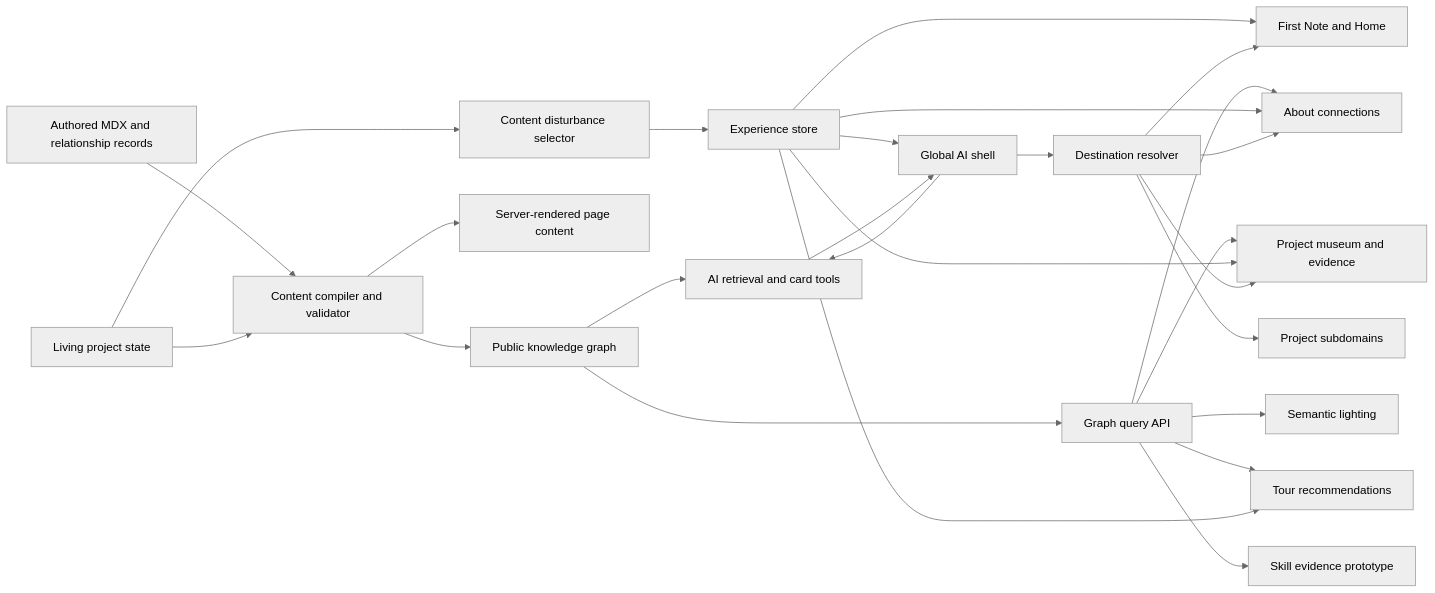
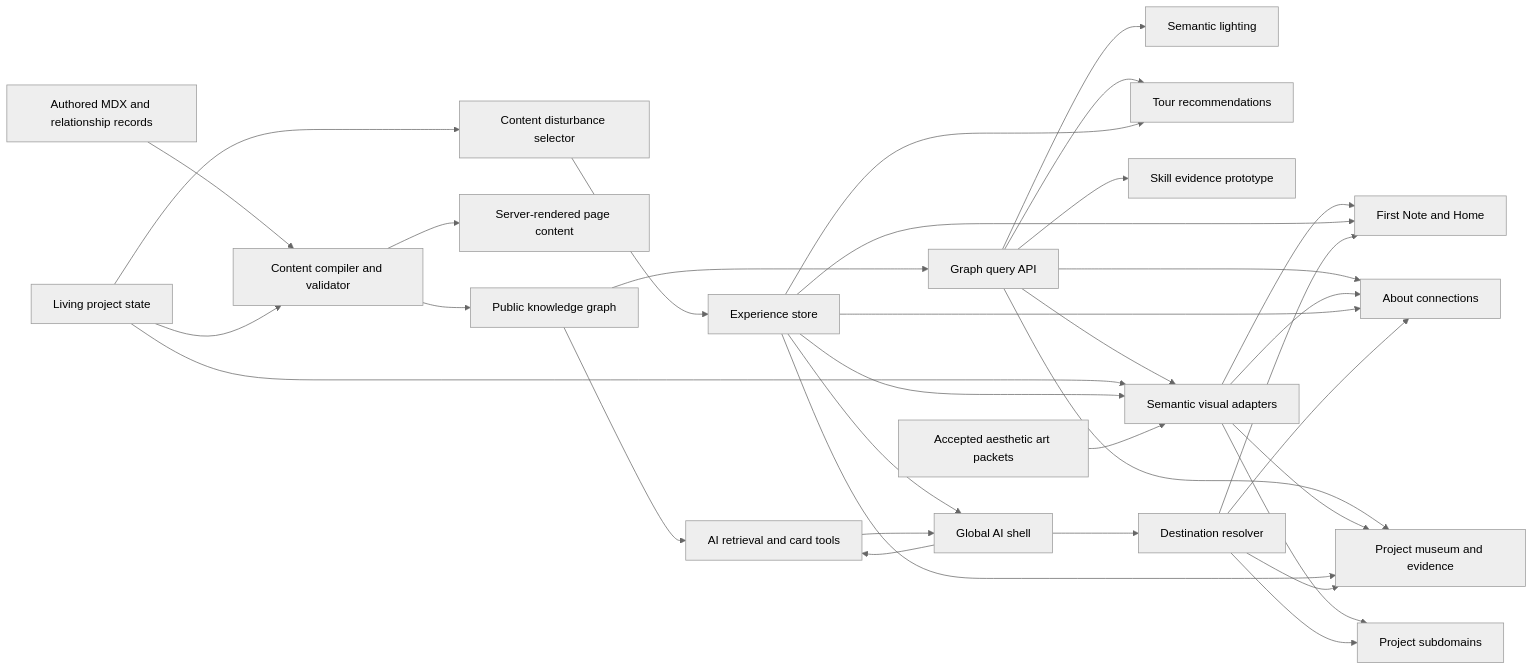
One commit to mpere056/Portfolio-Website changed the diagram in documentation/implementation-plans/00-System-Architecture-And-Interfaces.md. Above: the diagram before and after it, drawn with Mermaid (neutral theme). The commit also changed other lines of this file and 25 other files, not shown here.

````diff
--- a/documentation/implementation-plans/00-System-Architecture-And-Interfaces.md
+++ b/documentation/implementation-plans/00-System-Architecture-And-Interfaces.md
@@ -44,31 +44,39 @@
 ```mermaid
 flowchart LR
     MDX["Authored MDX and relationship records"] --> COMP["Content compiler and validator"]
     COMP --> GRAPH["Public knowledge graph"]
     COMP --> PAGES["Server-rendered page content"]
     GRAPH --> AIAPI["AI retrieval and card tools"]
     GRAPH --> QUERIES["Graph query API"]
     QUERIES --> ABOUT["About connections"]
     QUERIES --> MUSEUM["Project museum and evidence"]
     QUERIES --> LIGHT["Semantic lighting"]
     QUERIES --> TOUR["Tour recommendations"]
     QUERIES --> SKILLS["Skill evidence prototype"]
+    QUERIES --> VISUAL["Semantic visual adapters"]
+    STATE --> VISUAL
+    EXPERIENCE --> VISUAL
+    ART["Accepted aesthetic art packets"] --> VISUAL
+    VISUAL --> HOME
+    VISUAL --> ABOUT
+    VISUAL --> MUSEUM
+    VISUAL --> SUB
 
     EXPERIENCE["Experience store"] --> HOME["First Note and Home"]
     EXPERIENCE --> TOUR
     EXPERIENCE --> MUSEUM
     EXPERIENCE --> ABOUT
     EXPERIENCE --> AIUI["Global AI shell"]
 
     AIUI --> AIAPI
     AIAPI --> AIUI
     AIUI --> DEST["Destination resolver"]
     DEST --> HOME
     DEST --> ABOUT
     DEST --> MUSEUM
     DEST --> SUB["Project subdomains"]
 
     STATE["Living project state"] --> COMP
     STATE --> UPDATE["Content disturbance selector"]
     UPDATE --> EXPERIENCE
 ```
````
